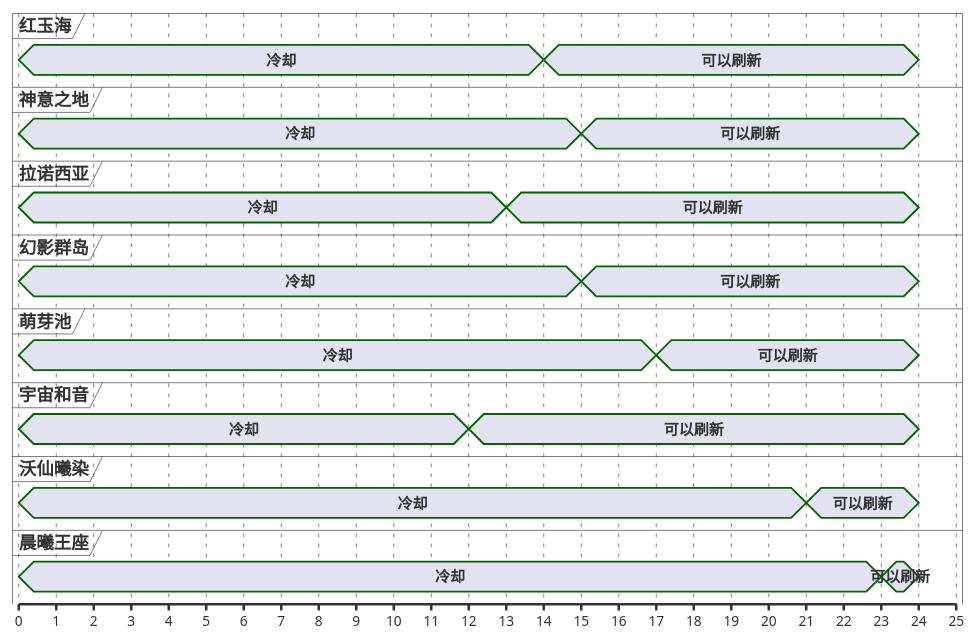
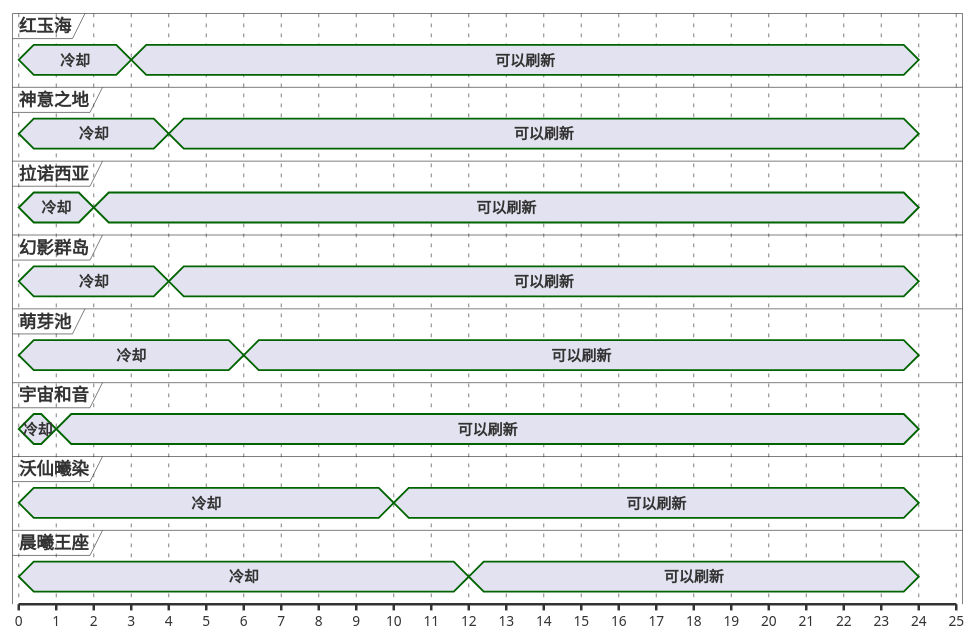
Before and after one commit to Eroleice/doc-pi: the first of 13 diagrams in ffxiv/hunt/2.0/Safat.md, drawn with PlantUML. The commit also changed other lines of this file and 38 other files, not shown here.

````diff
--- a/ffxiv/hunt/2.0/Safat.md
+++ b/ffxiv/hunt/2.0/Safat.md
@@ -33,55 +33,55 @@
 ```plantuml
 @startuml
 scale 1 as 30 pixels
 
 concise 红玉海
 concise 神意之地
 concise 拉诺西亚
 concise 幻影群岛
 concise 萌芽池
 concise 宇宙和音
 concise 沃仙曦染
 concise 晨曦王座
 
 @宇宙和音
 0 is 冷却
-12 is 可以刷新
+1 is 可以刷新
 24 is {hidden}
 
 @拉诺西亚
 0 is 冷却
-13 is 可以刷新
+2 is 可以刷新
 24 is {hidden}
 
 @晨曦王座
 0 is 冷却
-23 is 可以刷新
+12 is 可以刷新
 24 is {hidden}
 
 @红玉海
 0 is 冷却
-14 is 可以刷新
+3 is 可以刷新
 24 is {hidden}
 
 @神意之地
 0 is 冷却
-15 is 可以刷新
+4 is 可以刷新
 24 is {hidden}
 
 @幻影群岛
 0 is 冷却
-15 is 可以刷新
+4 is 可以刷新
 24 is {hidden}
 
 @萌芽池
 0 is 冷却
-17 is 可以刷新
+6 is 可以刷新
 24 is {hidden}
 
 @沃仙曦染
 0 is 冷却
-21 is 可以刷新
+10 is 可以刷新
 24 is {hidden}
 
 @enduml
 ```
````
